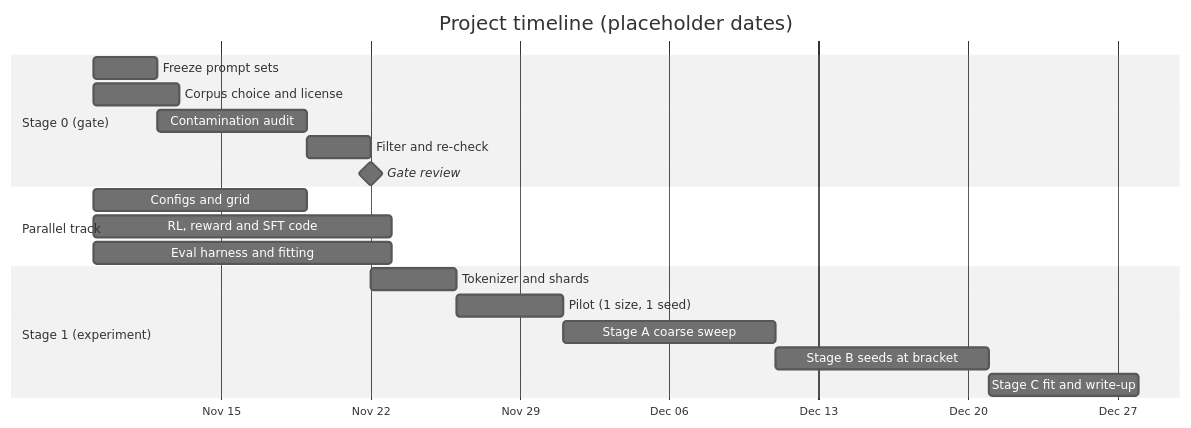
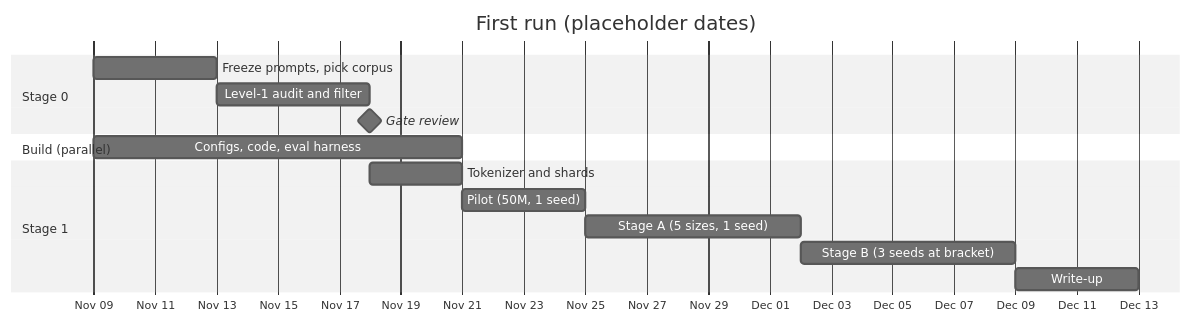
The diagram in articles/2026-11-02-smallest-reasoning-model-protocol.md (Han-Zhou/ham), drawn with Mermaid (neutral theme) before and after one commit. The commit also changed other lines of this file, not shown here.

Commit message:
notes: smallest reasoning-capable model under RL, protocol v5 minimum viable first run + later paths (asked by arush)

````diff
--- a/articles/2026-11-02-smallest-reasoning-model-protocol.md
+++ b/articles/2026-11-02-smallest-reasoning-model-protocol.md
@@ -148,22 +86,18 @@
 ```mermaid
 gantt
-    title Project timeline (placeholder dates)
+    title First run (placeholder dates)
     dateFormat YYYY-MM-DD
     axisFormat %b %d
-    section Stage 0 (gate)
-    Freeze prompt sets           :s0a, 2026-11-09, 3d
-    Corpus choice and license    :s0b, 2026-11-09, 4d
-    Contamination audit          :s0c, after s0a, 7d
-    Filter and re-check          :s0d, after s0c, 3d
-    Gate review                  :milestone, s0g, after s0d, 0d
-    section Parallel track
-    Configs and grid             :p1, 2026-11-09, 10d
-    RL, reward and SFT code      :p2, 2026-11-09, 14d
-    Eval harness and fitting     :p3, 2026-11-09, 14d
-    section Stage 1 (experiment)
-    Tokenizer and shards         :e1, after s0g, 4d
-    Pilot (1 size, 1 seed)       :e2, after e1, 5d
-    Stage A coarse sweep         :e3, after e2, 10d
-    Stage B seeds at bracket     :e4, after e3, 10d
-    Stage C fit and write-up     :e5, after e4, 7d
+    section Stage 0
+    Freeze prompts, pick corpus  :a1, 2026-11-09, 4d
+    Level-1 audit and filter     :a2, after a1, 5d
+    Gate review                  :milestone, g1, after a2, 0d
+    section Build (parallel)
+    Configs, code, eval harness  :b1, 2026-11-09, 12d
+    section Stage 1
+    Tokenizer and shards         :c1, after g1, 3d
+    Pilot (50M, 1 seed)          :c2, after c1, 4d
+    Stage A (5 sizes, 1 seed)    :c3, after c2, 7d
+    Stage B (3 seeds at bracket) :c4, after c3, 7d
+    Write-up                     :c5, after c4, 4d
 ```
````
